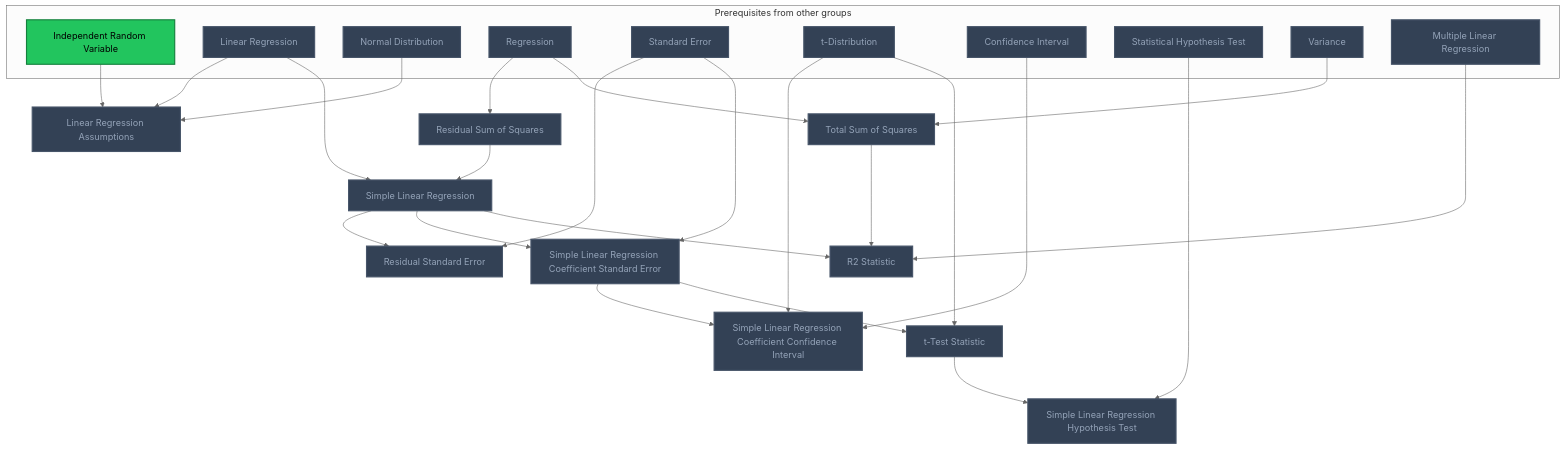
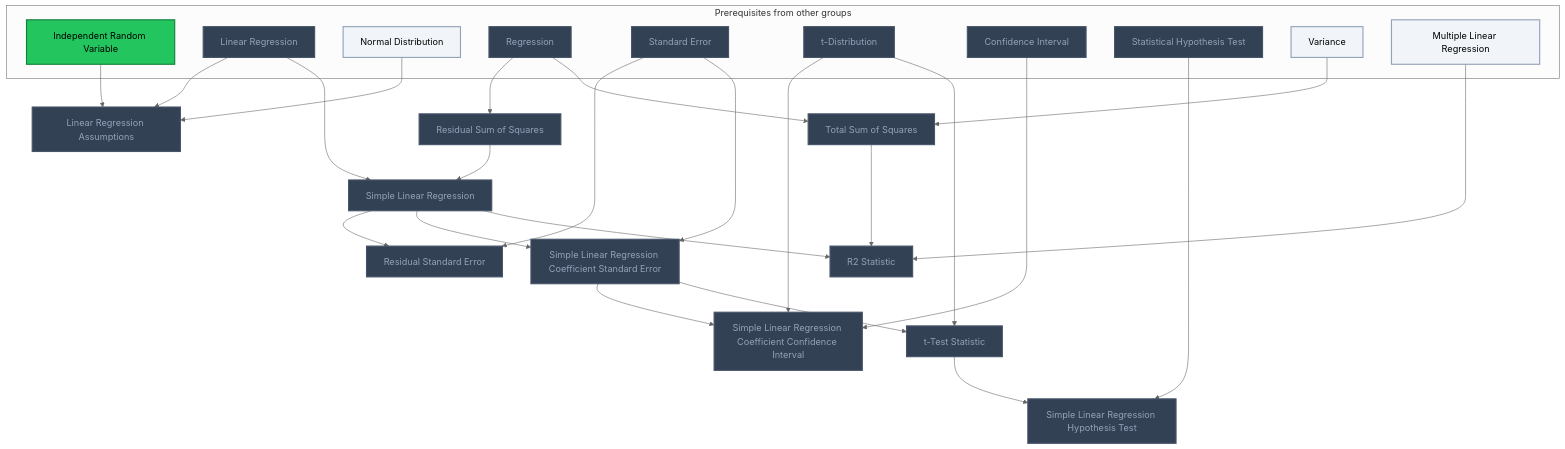
Before and after one commit to MRauf1/My-Notes: the third of 4 diagrams in Gamification/Skill Trees/Statistical Learning.md, drawn with Mermaid (neutral theme). The commit also changed other lines of this file and 145 other files, not shown here.

````diff
--- a/Gamification/Skill Trees/Statistical Learning.md
+++ b/Gamification/Skill Trees/Statistical Learning.md
@@ -113,59 +113,60 @@
 ```mermaid
 flowchart TD
     classDef planned fill:#1E293B,stroke:#64748B,stroke-width:2px,stroke-dasharray:5 5,color:#94A3B8;
     classDef locked fill:#334155,stroke:#475569,stroke-width:2px,color:#94A3B8;
     classDef L0 fill:#F1F5F9,stroke:#94A3B8,stroke-width:2px,color:#000000;
     classDef L1 fill:#22C55E,stroke:#15803D,stroke-width:2px,color:#000000;
     classDef L2 fill:#3B82F6,stroke:#1D4ED8,stroke-width:3px,color:#FFFFFF;
     classDef L3 fill:#A855F7,stroke:#6B21A8,stroke-width:3px,color:#FFFFFF,font-weight:bold;
     classDef L4 fill:#F97316,stroke:#C2410C,stroke-width:4px,color:#000000,font-weight:bold;
     classDef L5 fill:#FFD700,stroke:#FF8C00,stroke-width:5px,color:#000000,font-weight:bold;
     classDef rusty stroke:#8B4513,stroke-width:4px,stroke-dasharray:3 3;
     subgraph sg_prereqs["Prerequisites from other groups"]
         n_independent_random_variable["Independent Random Variable"]
         n_linear_regression["Linear Regression"]
         n_normal_distribution["Normal Distribution"]
         n_regression["Regression"]
         n_standard_error["Standard Error"]
         n_t_distribution["t-Distribution"]
         n_confidence_interval["Confidence Interval"]
         n_statistical_hypothesis_test["Statistical Hypothesis Test"]
         n_variance["Variance"]
         n_multiple_linear_regression["Multiple Linear Regression"]
     end
     n_linear_regression_assumptions["Linear Regression Assumptions"]
     n_residual_sum_of_squares["Residual Sum of Squares"]
     n_simple_linear_regression["Simple Linear Regression"]
     n_residual_standard_error["Residual Standard Error"]
     n_simple_linear_regression_coefficient_standard_error["Simple Linear Regression Coefficient Standard Error"]
     n_simple_linear_regression_coefficient_confidence_interval["Simple Linear Regression Coefficient Confidence Interval"]
     n_t_test_statistic["t-Test Statistic"]
     n_simple_linear_regression_hypothesis_test["Simple Linear Regression Hypothesis Test"]
     n_total_sum_of_squares["Total Sum of Squares"]
     n_r2_statistic["R2 Statistic"]
     n_independent_random_variable --> n_linear_regression_assumptions
     n_linear_regression --> n_linear_regression_assumptions
     n_normal_distribution --> n_linear_regression_assumptions
     n_regression --> n_residual_sum_of_squares
     n_linear_regression --> n_simple_linear_regression
     n_residual_sum_of_squares --> n_simple_linear_regression
     n_simple_linear_regression --> n_residual_standard_error
     n_standard_error --> n_residual_standard_error
     n_simple_linear_regression --> n_simple_linear_regression_coefficient_standard_error
     n_standard_error --> n_simple_linear_regression_coefficient_standard_error
     n_t_distribution --> n_simple_linear_regression_coefficient_confidence_interval
     n_confidence_interval --> n_simple_linear_regression_coefficient_confidence_interval
     n_simple_linear_regression_coefficient_standard_error --> n_simple_linear_regression_coefficient_confidence_interval
     n_t_distribution --> n_t_test_statistic
     n_simple_linear_regression_coefficient_standard_error --> n_t_test_statistic
     n_statistical_hypothesis_test --> n_simple_linear_regression_hypothesis_test
     n_t_test_statistic --> n_simple_linear_regression_hypothesis_test
     n_regression --> n_total_sum_of_squares
     n_variance --> n_total_sum_of_squares
     n_simple_linear_regression --> n_r2_statistic
     n_total_sum_of_squares --> n_r2_statistic
     n_multiple_linear_regression --> n_r2_statistic
-    class n_linear_regression,n_normal_distribution,n_regression,n_standard_error,n_t_distribution,n_confidence_interval,n_statistical_hypothesis_test,n_variance,n_multiple_linear_regression,n_linear_regression_assumptions,n_residual_sum_of_squares,n_simple_linear_regression,n_residual_standard_error,n_simple_linear_regression_coefficient_standard_error,n_simple_linear_regression_coefficient_confidence_interval,n_t_test_statistic,n_simple_linear_regression_hypothesis_test,n_total_sum_of_squares,n_r2_statistic locked;
+    class n_linear_regression,n_regression,n_standard_error,n_t_distribution,n_confidence_interval,n_statistical_hypothesis_test,n_linear_regression_assumptions,n_residual_sum_of_squares,n_simple_linear_regression,n_residual_standard_error,n_simple_linear_regression_coefficient_standard_error,n_simple_linear_regression_coefficient_confidence_interval,n_t_test_statistic,n_simple_linear_regression_hypothesis_test,n_total_sum_of_squares,n_r2_statistic locked;
+    class n_normal_distribution,n_variance,n_multiple_linear_regression L0;
     class n_independent_random_variable L1;
     class n_independent_random_variable,n_linear_regression,n_normal_distribution,n_regression,n_standard_error,n_t_distribution,n_confidence_interval,n_statistical_hypothesis_test,n_variance,n_multiple_linear_regression,n_linear_regression_assumptions,n_residual_sum_of_squares,n_simple_linear_regression,n_residual_standard_error,n_simple_linear_regression_coefficient_standard_error,n_simple_linear_regression_coefficient_confidence_interval,n_t_test_statistic,n_simple_linear_regression_hypothesis_test,n_total_sum_of_squares,n_r2_statistic internal-link;
 ```
````
